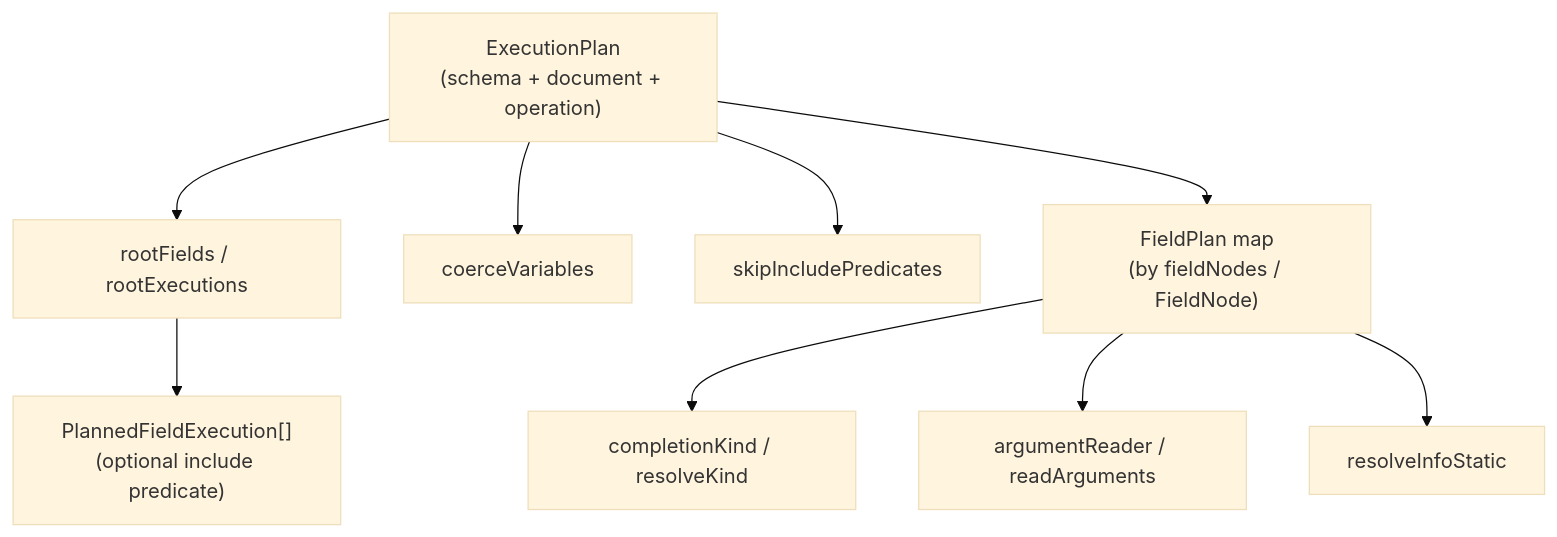
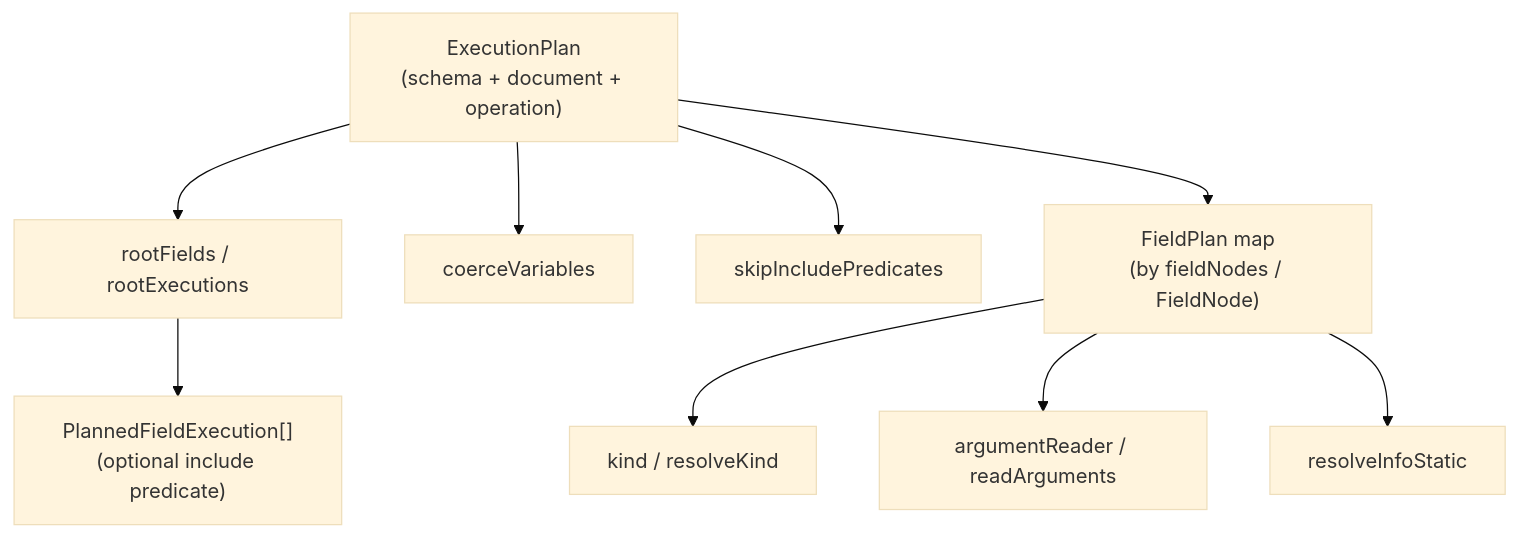
The first of 2 diagrams in website/src/content/planned-execution.mdx (ardatan/graphql-tools), drawn with Mermaid (base theme) before and after one commit. The commit also changed other lines of this file and 7 other files, not shown here.

````diff
--- a/website/src/content/planned-execution.mdx
+++ b/website/src/content/planned-execution.mdx
@@ -35,12 +35,12 @@
 ```mermaid
 flowchart TB
   EP["ExecutionPlan<br/>(schema + document + operation)"]
   EP --> RF["rootFields / rootExecutions"]
   EP --> CV["coerceVariables"]
   EP --> SIP["skipIncludePredicates"]
   EP --> FP["FieldPlan map<br/>(by fieldNodes / FieldNode)"]
-  FP --> CK["completionKind / resolveKind"]
+  FP --> CK["kind / resolveKind"]
   FP --> AR["argumentReader / readArguments"]
   FP --> RI["resolveInfoStatic"]
   RF --> PFE["PlannedFieldExecution[]<br/>(optional include predicate)"]
 ```
````
